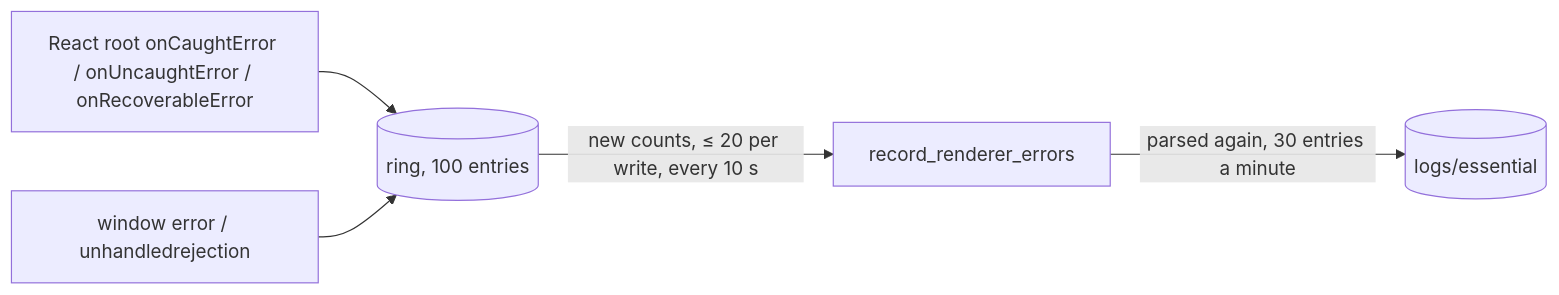
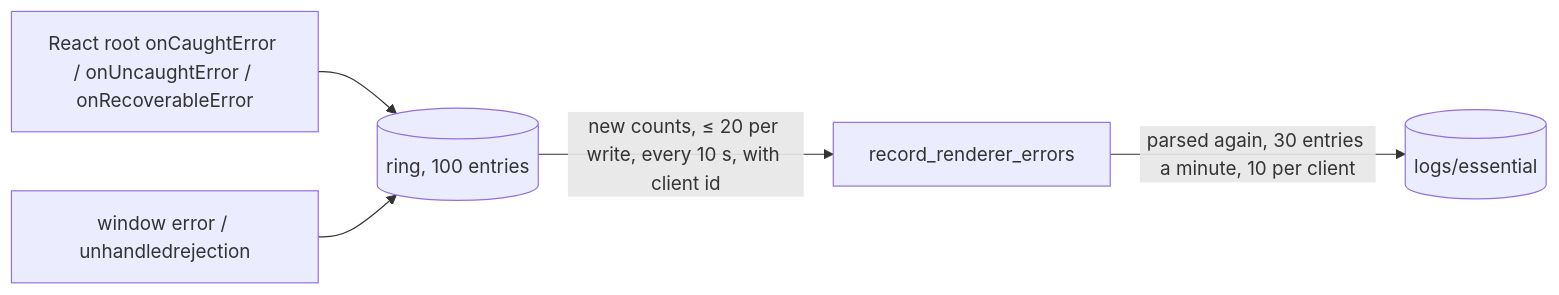
Before and after one commit to orkestrator-ai/orkestrator-v2: the second of 6 diagrams in docs/architecture/logging.md, drawn with Mermaid. The commit also changed other lines of this file and 14 other files, not shown here.

````diff
--- a/docs/architecture/logging.md
+++ b/docs/architecture/logging.md
@@ -671,7 +672,7 @@
 ```mermaid
 flowchart LR
   B["React root onCaughtError / onUncaughtError / onRecoverableError"] --> R[(ring, 100 entries)]
   W["window error / unhandledrejection"] --> R
-  R -->|"new counts, ≤ 20 per write, every 10 s"| C["record_renderer_errors"]
-  C -->|"parsed again, 30 entries a minute"| E[(logs/essential)]
+  R -->|"new counts, ≤ 20 per write, every 10 s, with client id"| C["record_renderer_errors"]
+  C -->|"parsed again, 30 entries a minute, 10 per client"| E[(logs/essential)]
 ```
````
